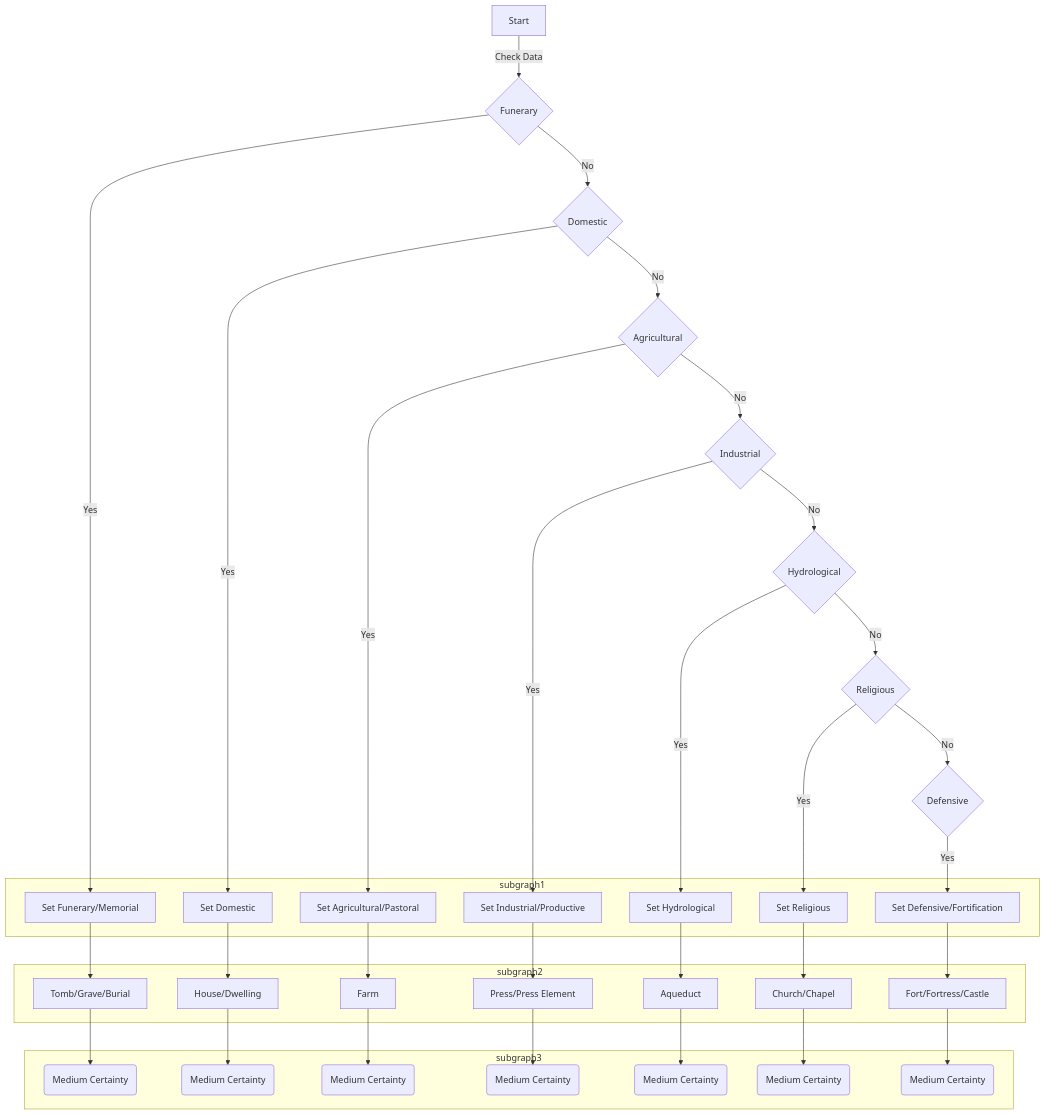
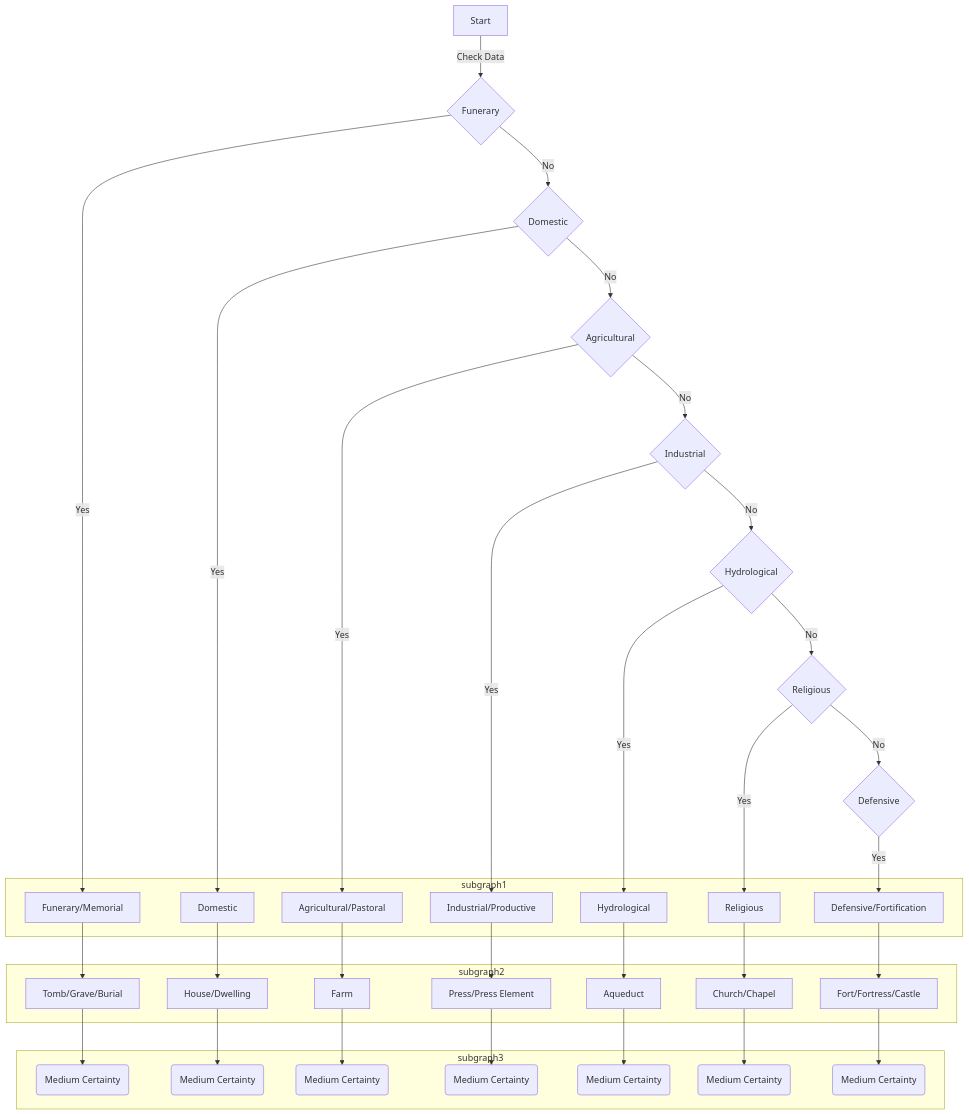
The fourth of 5 diagrams in projects/aaa/temp.md (eamena-project/eamena-arches-dev), drawn with Mermaid before and after one commit. The commit also changed other lines of this file, not shown here.

Commit message:
AAA function flow chart

````diff
--- a/projects/aaa/temp.md
+++ b/projects/aaa/temp.md
@@ -278,58 +151,58 @@
 ```mermaid
 graph TD
     A[Start] -->|Check Data| B{Funerary}
     subgraph subgraph1
-    C[Set Funerary/Memorial]
-    F[Set Domestic]
-    I[Set Agricultural/Pastoral]
-    L[Set Industrial/Productive]
-    O[Set Hydrological]
-    R[Set Religious]
-    U[Set Defensive/Fortification]
+    C[Funerary/Memorial]
+    F[Domestic]
+    I[Agricultural/Pastoral]
+    L[Industrial/Productive]
+    O[Hydrological]
+    R[Religious]
+    U[Defensive/Fortification]
     end
     B -->|Yes| C
     B -->|No| D{Domestic}
     subgraph subgraph2
     E[Tomb/Grave/Burial]
     H[House/Dwelling]
     K[Farm]
     N[Press/Press Element]
     Q[Aqueduct]
     T[Church/Chapel]
     W[Fort/Fortress/Castle]
     end
     C --> E
     E --> EZ(Medium Certainty)
     D -->|Yes| F
     D -->|No| G{Agricultural}
     F --> H
     H --> HZ(Medium Certainty)
     G -->|Yes| I
     G -->|No| J{Industrial}
     I --> K
     K --> KZ(Medium Certainty)
     J -->|Yes| L
     J -->|No| M{Hydrological}
     L --> N
     N --> NZ(Medium Certainty)
     M -->|Yes| O
     M -->|No| P{Religious}
     O --> Q
     Q --> QZ(Medium Certainty)
     P -->|Yes| R
     P -->|No| S{Defensive}
     R --> T
     T --> TZ(Medium Certainty)
     S -->|Yes| U
     U --> W
     W --> WZ(Medium Certainty)
     subgraph subgraph3
     EZ(Medium Certainty)
     HZ(Medium Certainty)
     KZ(Medium Certainty)
     NZ(Medium Certainty)
     QZ(Medium Certainty)
     TZ(Medium Certainty)
     WZ(Medium Certainty)
     end
 ```
````
